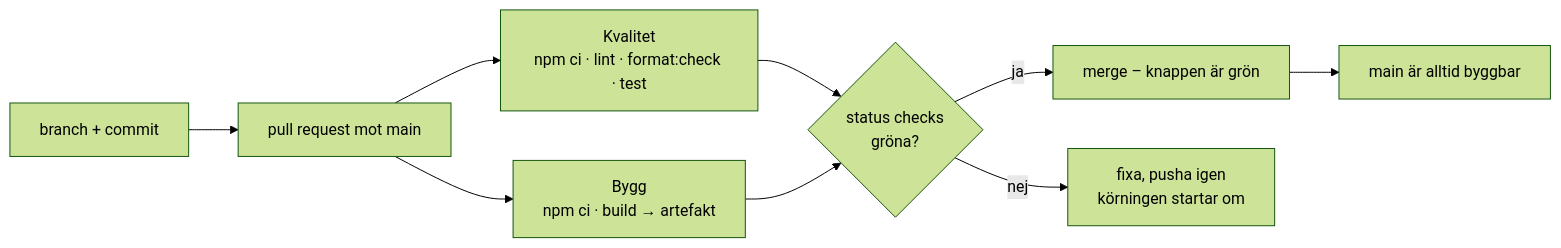
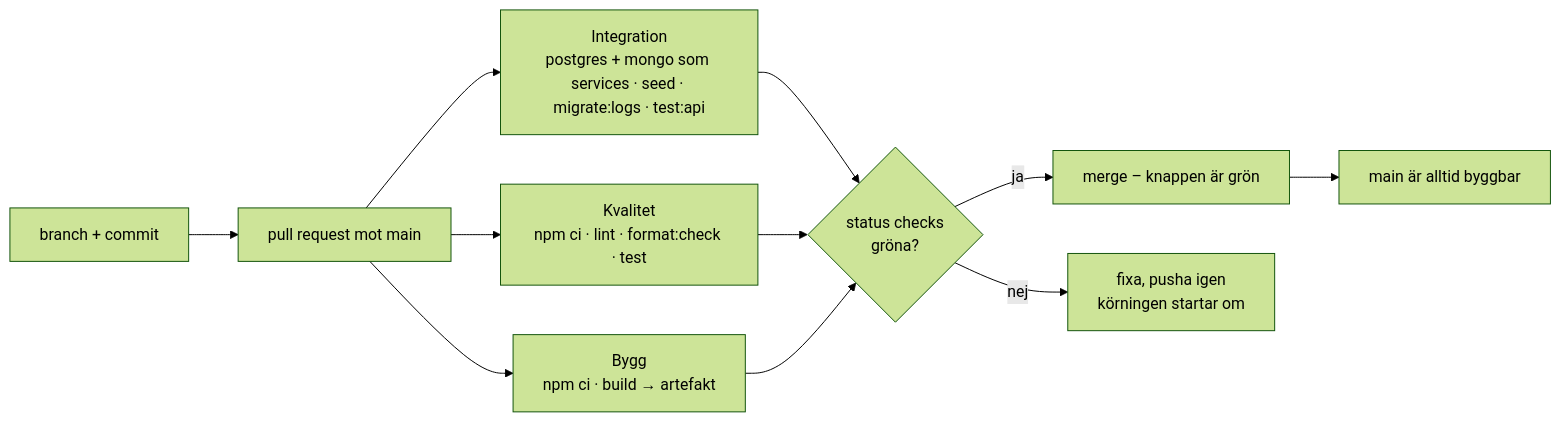
One commit to klingbladet/utpost-integration-labb-benjamin-oskar-kalle changed the diagram in docs/pipeline.md. Above: the diagram before and after it, drawn with Mermaid (forest theme). The commit also changed other lines of this file and 2 other files, not shown here.

Commit message:
M5: integrationstester mot API:et och jobbet Integration

````diff
--- a/docs/pipeline.md
+++ b/docs/pipeline.md
@@ -7,11 +7,13 @@
 ```mermaid
 flowchart LR
   B[branch + commit] --> PR[pull request mot main]
   PR --> Q[Kvalitet<br/>npm ci · lint · format:check · test]
   PR --> BU[Bygg<br/>npm ci · build → artefakt]
+  PR --> I[Integration<br/>postgres + mongo som services · seed · migrate:logs · test:api]
+  I --> S
   Q --> S{status checks<br/>gröna?}
   BU --> S
   S -->|ja| M[merge – knappen är grön]
   S -->|nej| F[fixa, pusha igen<br/>körningen startar om]
   M --> MAIN[main är alltid byggbar]
 ```
````
